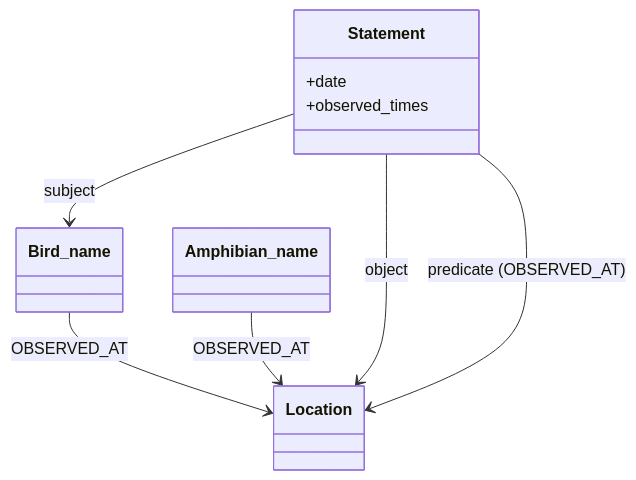
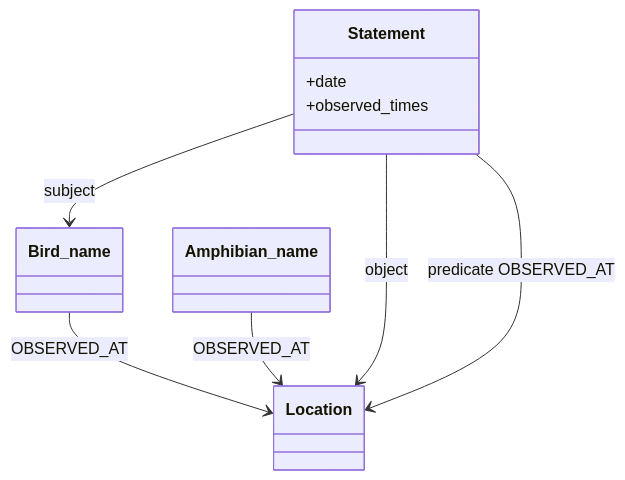
Before and after one commit to sbl-sdsc/mcp-proto-okn: the diagram in docs/examples/wildlifekn_overview.md, drawn with Mermaid. The commit also changed 2 other files, not shown here.

Commit message:
Fix Mermaid render errors in KG overview diagrams
GitHub's Mermaid renderer rejected namespace-prefixed colons and a
parenthetical relation label. Strip `prefix:localname` to `localname`
inside classDiagram blocks (pubchem-annotations, nikg) and remove
parentheses from a wildlifekn relation label. Prose is unchanged.

````diff
--- a/docs/examples/wildlifekn_overview.md
+++ b/docs/examples/wildlifekn_overview.md
@@ -42,16 +42,16 @@
 ```mermaid
 classDiagram
     class Bird_name
     class Amphibian_name
     class Location
     class Statement {
         +date
         +observed_times
     }
 
     Bird_name --> Location : OBSERVED_AT
     Amphibian_name --> Location : OBSERVED_AT
     Statement --> Bird_name : subject
     Statement --> Location : object
-    Statement --> Location : predicate (OBSERVED_AT)
+    Statement --> Location : predicate OBSERVED_AT
 ```
````
